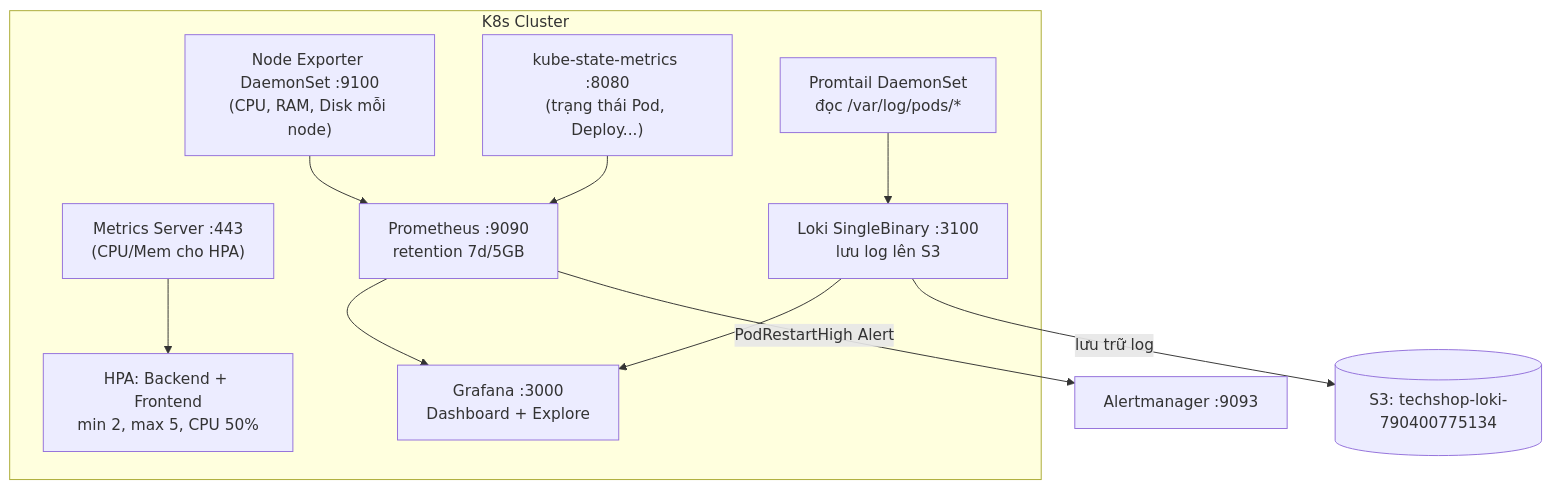
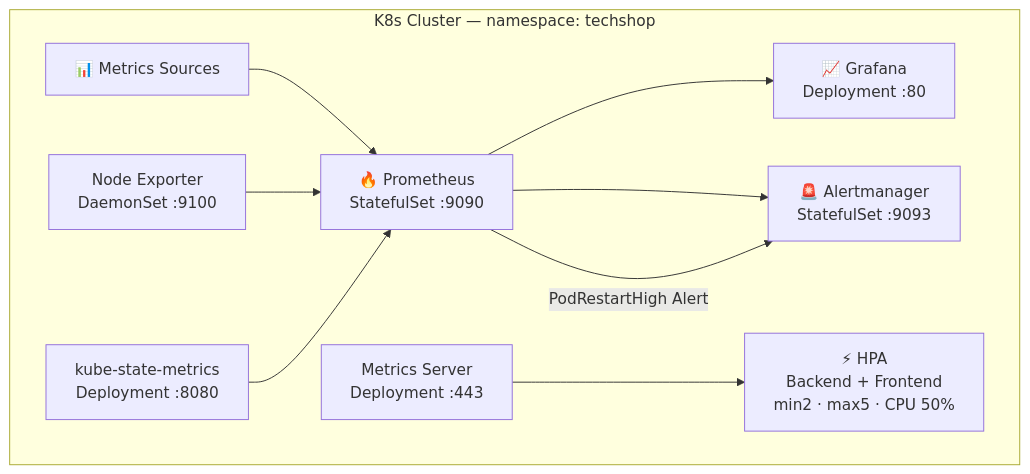
One commit to vinh25042005/deploy-web changed the fourth of 5 diagrams in README.md. Above: the diagram before and after it, drawn with Mermaid. The commit also changed other lines of this file and 7 other files, not shown here.

````diff
--- a/README.md
+++ b/README.md
@@ -107,23 +139,22 @@
 ```mermaid
 flowchart TB
-    subgraph K8s["K8s Cluster"]
-        NE["Node Exporter DaemonSet :9100<br/>(CPU, RAM, Disk mỗi node)"]
-        KSM["kube-state-metrics :8080<br/>(trạng thái Pod, Deploy...)"]
-        MS["Metrics Server :443<br/>(CPU/Mem cho HPA)"]
-        PT["Promtail DaemonSet<br/>đọc /var/log/pods/*"]
-        
-        PROM["Prometheus :9090<br/>retention 7d/5GB"]
-        LOKI["Loki SingleBinary :3100<br/>lưu log lên S3"]
-        GRAFANA["Grafana :3000<br/>Dashboard + Explore"]
+    subgraph K8S["K8s Cluster — namespace: techshop"]
+        METRICS["📊 Metrics Sources"]
+        NE["Node Exporter<br/>DaemonSet :9100"]
+        KSM["kube-state-metrics<br/>Deployment :8080"]
+        MS["Metrics Server<br/>Deployment :443"]
 
+        PROM["🔥 Prometheus<br/>StatefulSet :9090"]
+        AM["🚨 Alertmanager<br/>StatefulSet :9093"]
+        GRAFANA["📈 Grafana<br/>Deployment :80"]
+
+        METRICS --> PROM
         NE --> PROM
         KSM --> PROM
-        MS --> HPA[HPA: Backend + Frontend<br/>min 2, max 5, CPU 50%]
-        PT --> LOKI
         PROM --> GRAFANA
-        LOKI --> GRAFANA
+        PROM --> AM
+        MS --> HPA["⚡ HPA<br/>Backend + Frontend<br/>min2 · max5 · CPU 50%"]
     end
 
-    PROM -->|"PodRestartHigh Alert"| AM["Alertmanager :9093"]
-    LOKI -->|"lưu trữ log"| S3_LOKI[(S3: techshop-loki-790400775134)]
+    PROM -->|"PodRestartHigh Alert"| AM
 ```
````
